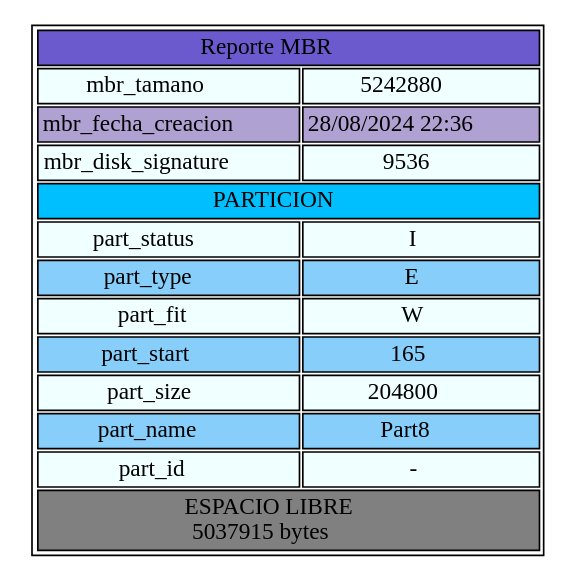
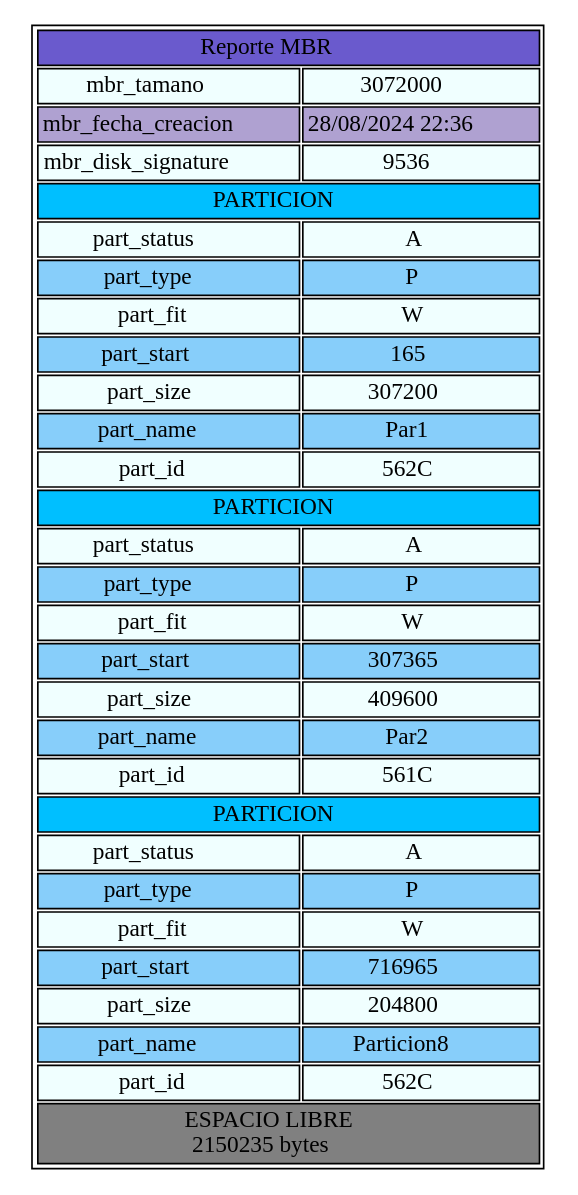
One commit to KimberlyEstupe/MIA_2S_P1_201513656 changed the diagram in Resultados/reports/reporte3.dot. Above: the diagram before and after it, drawn with Graphviz. The commit also changed 19 other files, not shown here.

```diff
--- a/Resultados/reports/reporte3.dot
+++ b/Resultados/reports/reporte3.dot
@@ -1,54 +1,116 @@
 digraph { 
 node [ shape=none ] 
 TablaReportNodo [ label = < <table border="1"> 
  <tr>
   <td bgcolor='SlateBlue' COLSPAN="2"> Reporte MBR </td> 
  </tr> 
  <tr>
   <td bgcolor='Azure'> mbr_tamano </td> 
-  <td bgcolor='Azure'> 5242880 </td> 
+  <td bgcolor='Azure'> 3072000 </td> 
  </tr> 
  <tr>
   <td bgcolor='#AFA1D1'> mbr_fecha_creacion </td> 
   <td bgcolor='#AFA1D1'> 28/08/2024 22:36 </td> 
  </tr> 
  <tr>
   <td bgcolor='Azure'> mbr_disk_signature </td> 
   <td bgcolor='Azure'> 9536 </td> 
  </tr>  
  <tr>
   <td bgcolor='DeepSkyBlue' COLSPAN="2"> PARTICION </td> 
  </tr> 
  <tr>
   <td bgcolor='Azure'> part_status </td> 
-  <td bgcolor='Azure'> I </td> 
+  <td bgcolor='Azure'> A </td> 
  </tr> 
  <tr>
   <td bgcolor='LightSkyBlue'> part_type </td> 
-  <td bgcolor='LightSkyBlue'> E </td> 
+  <td bgcolor='LightSkyBlue'> P </td> 
  </tr> 
  <tr>
   <td bgcolor='Azure'> part_fit </td> 
   <td bgcolor='Azure'> W </td> 
  </tr> 
  <tr>
   <td bgcolor='LightSkyBlue'> part_start </td> 
   <td bgcolor='LightSkyBlue'> 165 </td> 
  </tr> 
  <tr>
   <td bgcolor='Azure'> part_size </td> 
+  <td bgcolor='Azure'> 307200 </td> 
+ </tr> 
+ <tr>
+  <td bgcolor='LightSkyBlue'> part_name </td> 
+  <td bgcolor='LightSkyBlue'> Par1 </td> 
+ </tr> 
+ <tr>
+  <td bgcolor='Azure'> part_id </td> 
+  <td bgcolor='Azure'> 562C </td> 
+ </tr> 
+ <tr>
+  <td bgcolor='DeepSkyBlue' COLSPAN="2"> PARTICION </td> 
+ </tr> 
+ <tr>
+  <td bgcolor='Azure'> part_status </td> 
+  <td bgcolor='Azure'> A </td> 
+ </tr> 
+ <tr>
+  <td bgcolor='LightSkyBlue'> part_type </td> 
+  <td bgcolor='LightSkyBlue'> P </td> 
+ </tr> 
+ <tr>
+  <td bgcolor='Azure'> part_fit </td> 
+  <td bgcolor='Azure'> W </td> 
+ </tr> 
+ <tr>
+  <td bgcolor='LightSkyBlue'> part_start </td> 
+  <td bgcolor='LightSkyBlue'> 307365 </td> 
+ </tr> 
+ <tr>
+  <td bgcolor='Azure'> part_size </td> 
+  <td bgcolor='Azure'> 409600 </td> 
+ </tr> 
+ <tr>
+  <td bgcolor='LightSkyBlue'> part_name </td> 
+  <td bgcolor='LightSkyBlue'> Par2 </td> 
+ </tr> 
+ <tr>
+  <td bgcolor='Azure'> part_id </td> 
+  <td bgcolor='Azure'> 561C </td> 
+ </tr> 
+ <tr>
+  <td bgcolor='DeepSkyBlue' COLSPAN="2"> PARTICION </td> 
+ </tr> 
+ <tr>
+  <td bgcolor='Azure'> part_status </td> 
+  <td bgcolor='Azure'> A </td> 
+ </tr> 
+ <tr>
+  <td bgcolor='LightSkyBlue'> part_type </td> 
+  <td bgcolor='LightSkyBlue'> P </td> 
+ </tr> 
+ <tr>
+  <td bgcolor='Azure'> part_fit </td> 
+  <td bgcolor='Azure'> W </td> 
+ </tr> 
+ <tr>
+  <td bgcolor='LightSkyBlue'> part_start </td> 
+  <td bgcolor='LightSkyBlue'> 716965 </td> 
+ </tr> 
+ <tr>
+  <td bgcolor='Azure'> part_size </td> 
   <td bgcolor='Azure'> 204800 </td> 
  </tr> 
  <tr>
   <td bgcolor='LightSkyBlue'> part_name </td> 
-  <td bgcolor='LightSkyBlue'> Part8 </td> 
+  <td bgcolor='LightSkyBlue'> Particion8 </td> 
  </tr> 
  <tr>
   <td bgcolor='Azure'> part_id </td> 
-  <td bgcolor='Azure'> - </td> 
+  <td bgcolor='Azure'> 562C </td> 
  </tr> 
  <tr>
-  <td bgcolor='#808080' COLSPAN="2"> ESPACIO LIBRE <br/> 5037915 bytes </td> 
+  <td bgcolor='#808080' COLSPAN="2"> ESPACIO LIBRE <br/> 2150235 bytes </td> 
  </tr> 
 </table> > ]
 }
```
